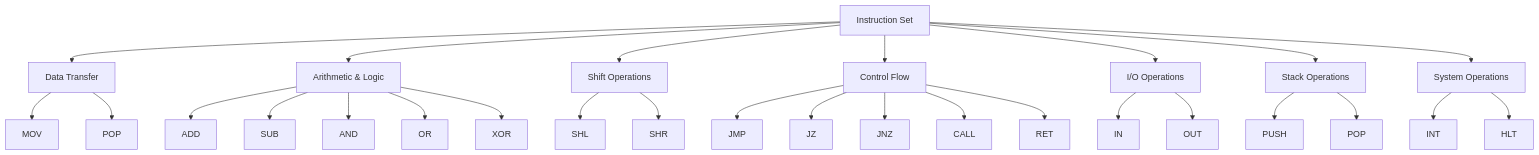
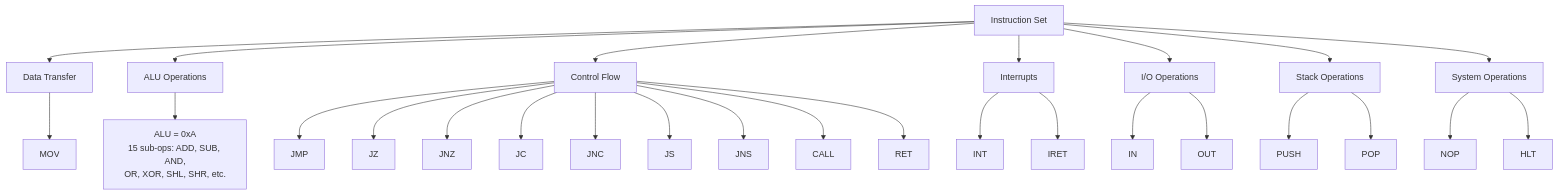
One commit to MinecAnton209/NovumOS-16bit changed the first of 9 diagrams in docs/en/isa/instruction-set.md. Above: the diagram before and after it, drawn with Mermaid. The commit also changed other lines of this file and 20 other files, not shown here.

````diff
--- a/docs/en/isa/instruction-set.md
+++ b/docs/en/isa/instruction-set.md
@@ -71,37 +71,36 @@
 ```mermaid
 flowchart TD
     IS[Instruction Set] --> DT[Data Transfer]
-    IS --> ALU[Arithmetic & Logic]
-    IS --> SH[Shift Operations]
+    IS --> ALU[ALU Operations]
     IS --> CF[Control Flow]
+    IS --> INT[Interrupts]
     IS --> IO[I/O Operations]
     IS --> STK[Stack Operations]
     IS --> SYS[System Operations]
 
     DT --> MOV[MOV]
-    DT --> PUSH[POP]
 
-    ALU --> ADD[ADD]
-    ALU --> SUB[SUB]
-    ALU --> AND[AND]
-    ALU --> OR[OR]
-    ALU --> XOR[XOR]
-
-    SH --> SHL[SHL]
-    SH --> SHR[SHR]
+    ALU --> ALU_SUB[ALU = 0xA<br/>15 sub-ops: ADD, SUB, AND,<br/>OR, XOR, SHL, SHR, etc.]
 
     CF --> JMP[JMP]
     CF --> JZ[JZ]
     CF --> JNZ[JNZ]
+    CF --> JC[JC]
+    CF --> JNC[JNC]
+    CF --> JS[JS]
+    CF --> JNS[JNS]
     CF --> CALL[CALL]
     CF --> RET[RET]
+
+    INT --> INT2[INT]
+    INT --> IRET[IRET]
 
     IO --> IN[IN]
     IO --> OUT[OUT]
 
     STK --> PUSH2[PUSH]
     STK --> POP2[POP]
 
-    SYS --> INT[INT]
+    SYS --> NOP[NOP]
     SYS --> HLT[HLT]
 ```
````
